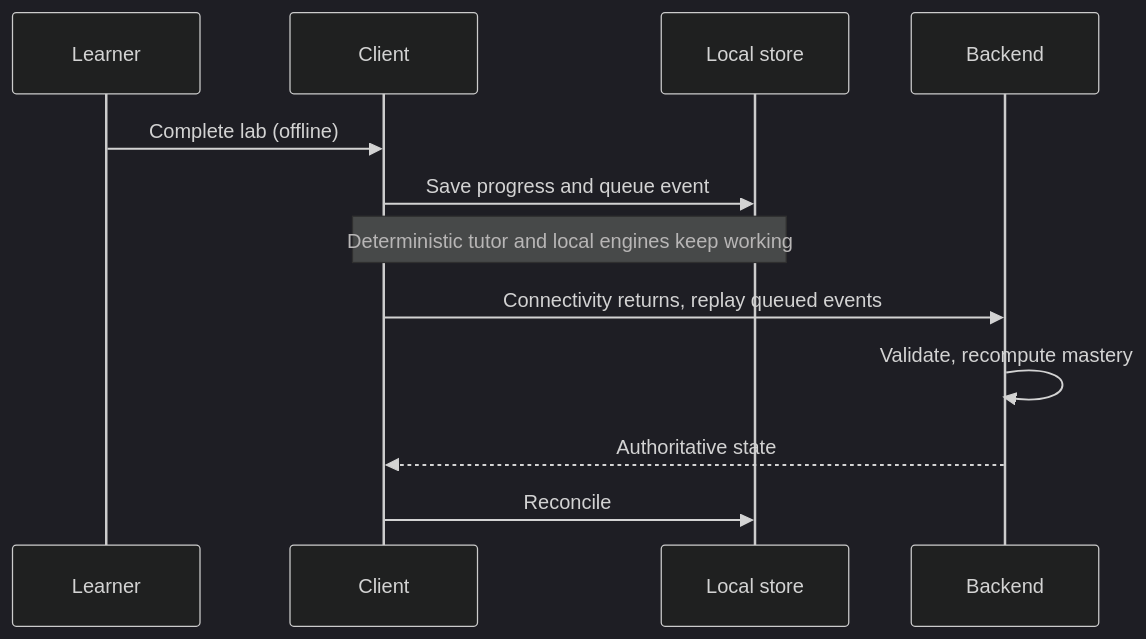
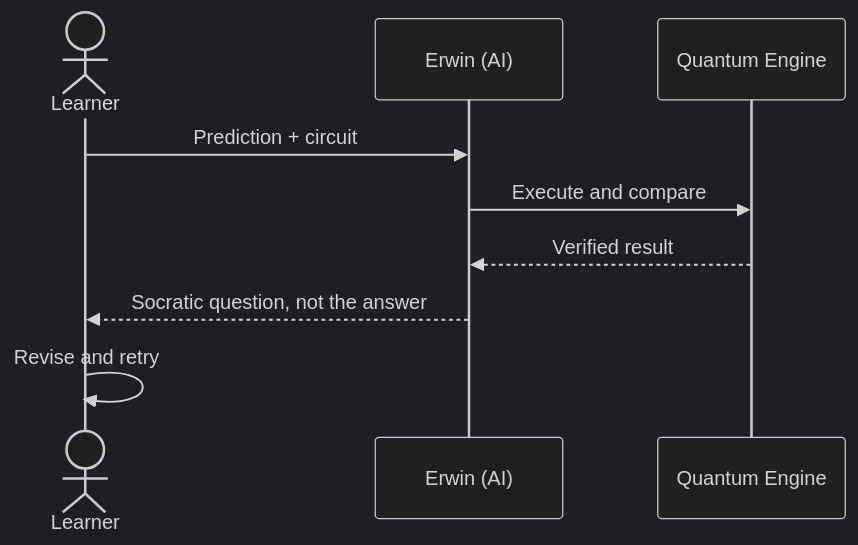
Before and after one commit to aaruhyakumar2006/Qualution-: the fifth of 5 diagrams in README.md, drawn with Mermaid (dark theme). The commit also changed other lines of this file, not shown here.

````diff
--- a/README.md
+++ b/README.md
@@ -219,14 +342,11 @@
 ```mermaid
 sequenceDiagram
-    participant L as Learner
-    participant C as Client
-    participant S as Local store
-    participant B as Backend
-    L->>C: Complete lab (offline)
-    C->>S: Save progress and queue event
-    Note over C,S: Deterministic tutor and local engines keep working
-    C->>B: Connectivity returns, replay queued events
-    B->>B: Validate, recompute mastery
-    B-->>C: Authoritative state
-    C->>S: Reconcile
+    actor L as Learner
+    participant E as Erwin (AI)
+    participant Q as Quantum Engine
+    L->>E: Prediction + circuit
+    E->>Q: Execute and compare
+    Q-->>E: Verified result
+    E-->>L: Socratic question, not the answer
+    L->>L: Revise and retry
 ```
````
